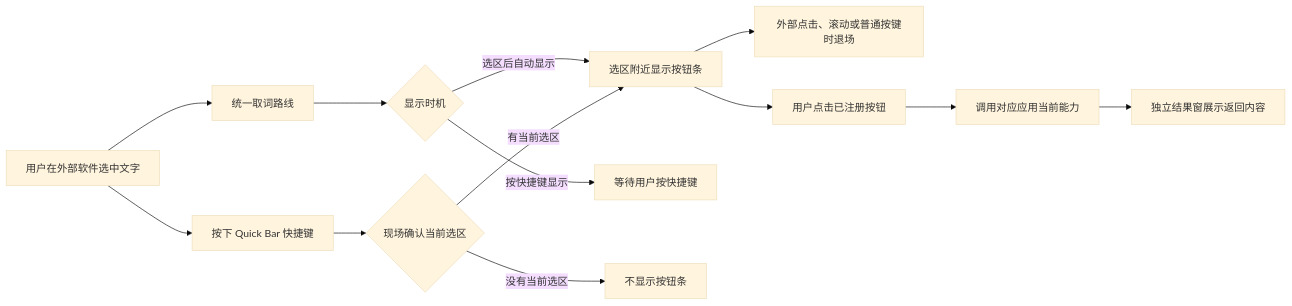
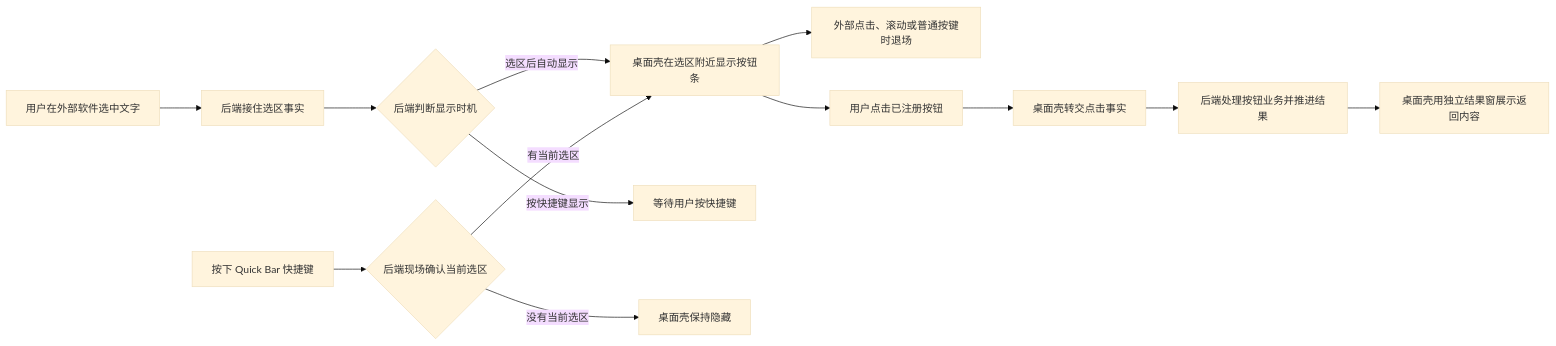
One commit to noelle-silva/fast-window changed the first of 2 diagrams in apps/quick-bar/README.md. Above: the diagram before and after it, drawn with Mermaid (base theme). The commit also changed other lines of this file and 41 other files, not shown here.

Commit message:
将 Quick Bar 后端职责归位到 Rust 后端，移除旧 Go 后台运行、构建和打包路线。统一宿主侧能力返回文字协议。ai-once同样改造AI Once 主动交出标准回答，不再交旧式回答

````diff
--- a/apps/quick-bar/README.md
+++ b/apps/quick-bar/README.md
@@ -27,15 +27,15 @@
 ```mermaid
 flowchart LR
-  A[用户在外部软件选中文字] --> B[按下 Quick Bar 快捷键]
-  A --> C[统一取词路线]
-  C --> D{显示时机}
-  D -->|选区后自动显示| F[选区附近显示按钮条]
+  A[用户在外部软件选中文字] --> C[后端接住选区事实]
+  C --> D{后端判断显示时机}
+  D -->|选区后自动显示| F[桌面壳在选区附近显示按钮条]
   D -->|按快捷键显示| E[等待用户按快捷键]
-  B --> G{现场确认当前选区}
+  B[按下 Quick Bar 快捷键] --> G{后端现场确认当前选区}
   G -->|有当前选区| F
-  G -->|没有当前选区| J[不显示按钮条]
+  G -->|没有当前选区| J[桌面壳保持隐藏]
   F --> L[外部点击、滚动或普通按键时退场]
   F --> K[用户点击已注册按钮]
-  K --> H[调用对应应用当前能力]
-  H --> I[独立结果窗展示返回内容]
+  K --> H[桌面壳转交点击事实]
+  H --> M[后端处理按钮业务并推进结果]
+  M --> I[桌面壳用独立结果窗展示返回内容]
 ```
````
